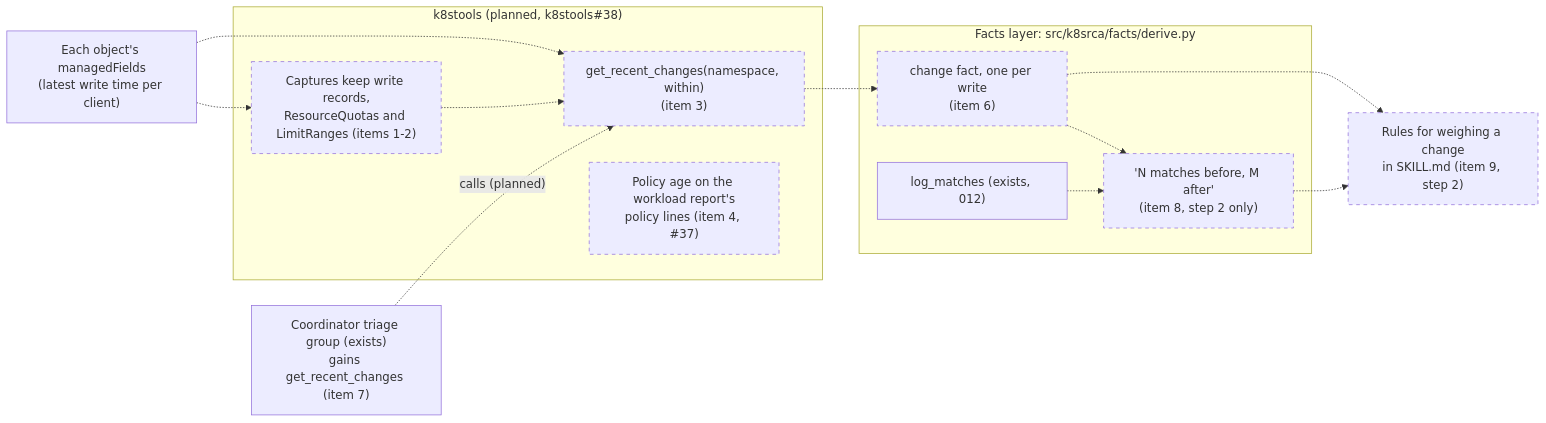
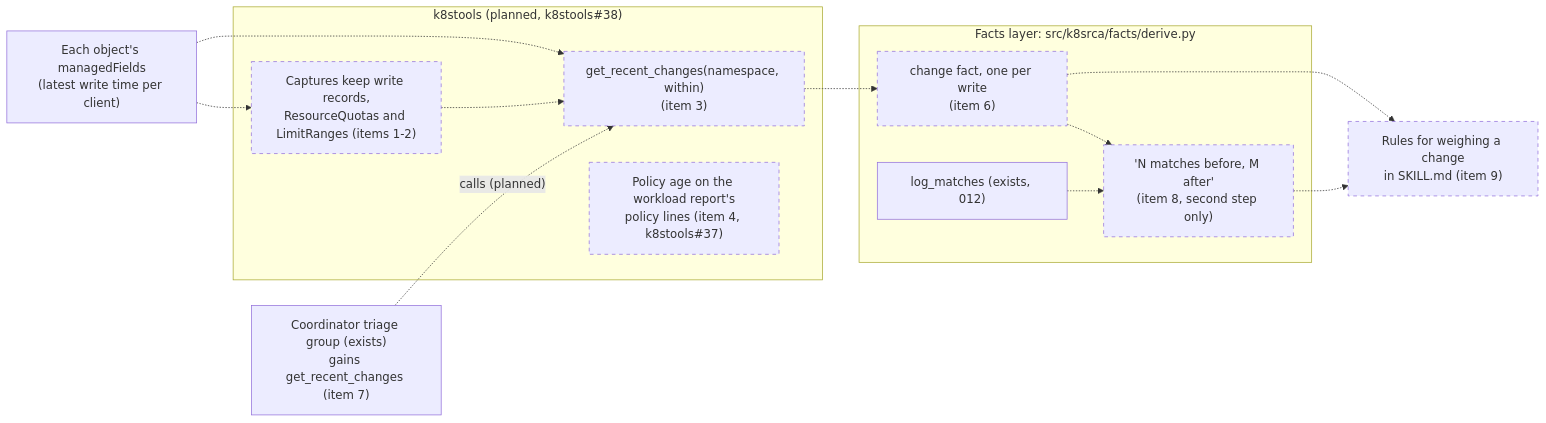
The diagram in designs/013-what-changed.md (BenedatLLC/k8srca), drawn with Mermaid before and after one commit. The commit also changed other lines of this file and 29 other files, not shown here.

````diff
--- a/designs/013-what-changed.md
+++ b/designs/013-what-changed.md
@@ -92,26 +135,26 @@
 ```mermaid
 flowchart LR
   MF["Each object's managedFields<br/>(latest write time per client)"]
   subgraph k8s["k8stools (planned, k8stools#38)"]
     CAP["Captures keep write records,<br/>ResourceQuotas and LimitRanges (items 1-2)"]:::planned
     RC["get_recent_changes(namespace, within)<br/>(item 3)"]:::planned
-    AGE["Policy age on the workload report's<br/>policy lines (item 4, #37)"]:::planned
+    AGE["Policy age on the workload report's<br/>policy lines (item 4, k8stools#37)"]:::planned
   end
   subgraph facts["Facts layer: src/k8srca/facts/derive.py"]
     CH["change fact, one per write<br/>(item 6)"]:::planned
-    BA["'N matches before, M after'<br/>(item 8, step 2 only)"]:::planned
+    BA["'N matches before, M after'<br/>(item 8, second step only)"]:::planned
     LM["log_matches (exists, 012)"]
   end
   CO["Coordinator triage group (exists)<br/>gains get_recent_changes (item 7)"]
-  RU["Rules for weighing a change<br/>in SKILL.md (item 9, step 2)"]:::planned
+  RU["Rules for weighing a change<br/>in SKILL.md (item 9)"]:::planned
   MF -.-> CAP
   MF -.-> RC
   CAP -.-> RC
   RC -.-> CH
   CH -.-> BA
   LM -.-> BA
   CO -. "calls (planned)" .-> RC
   CH -.-> RU
   BA -.-> RU
   classDef planned stroke-dasharray: 5 5
 ```
````
